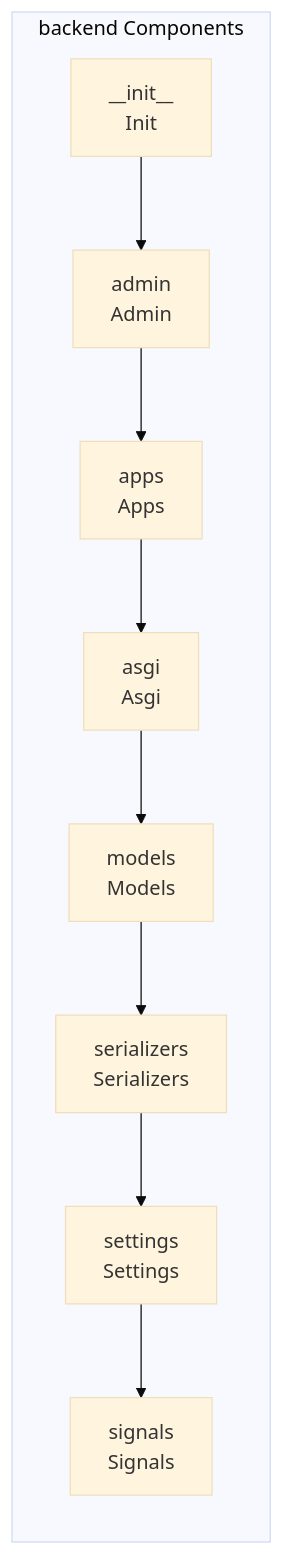
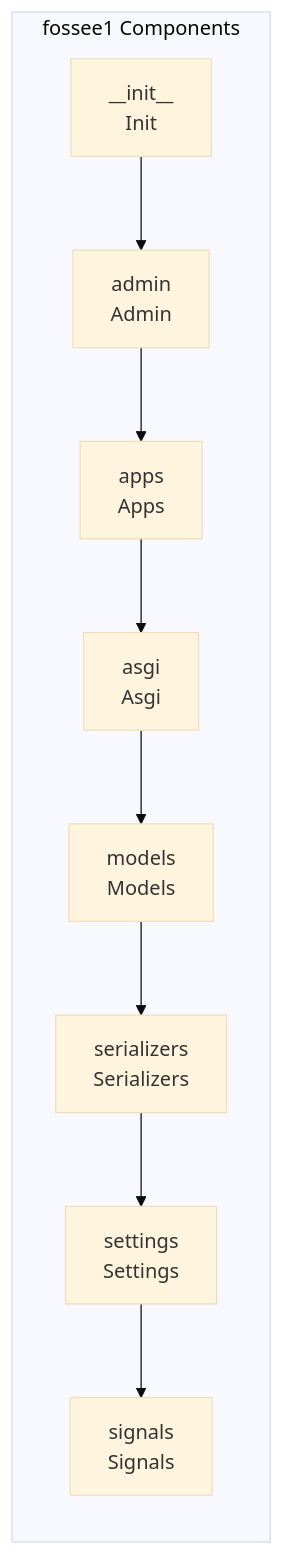
One commit to Punyamittal/fossee1 changed the third of 4 diagrams in README.md. Above: the diagram before and after it, drawn with Mermaid (base theme). The commit also changed other lines of this file, not shown here.

````diff
--- a/README.md
+++ b/README.md
@@ -284,20 +331,20 @@
 ```mermaid
 graph LR
-    subgraph App["backend Components"]
+    subgraph App["fossee1 Components"]
         __init__["__init__<br/>  Init  "]
         admin["admin<br/>Admin"]
         apps["apps<br/>Apps"]
         asgi["asgi<br/>Asgi"]
         models["models<br/>Models"]
         serializers["serializers<br/>Serializers"]
         settings["settings<br/>Settings"]
         signals["signals<br/>Signals"]
     end
     __init__ --> admin
     admin --> apps
     apps --> asgi
     asgi --> models
     models --> serializers
     serializers --> settings
     settings --> signals
 ```
````
